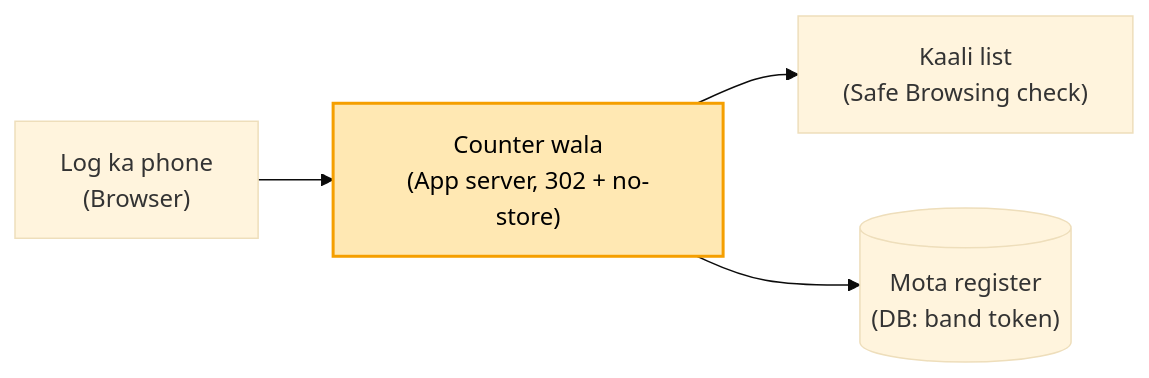
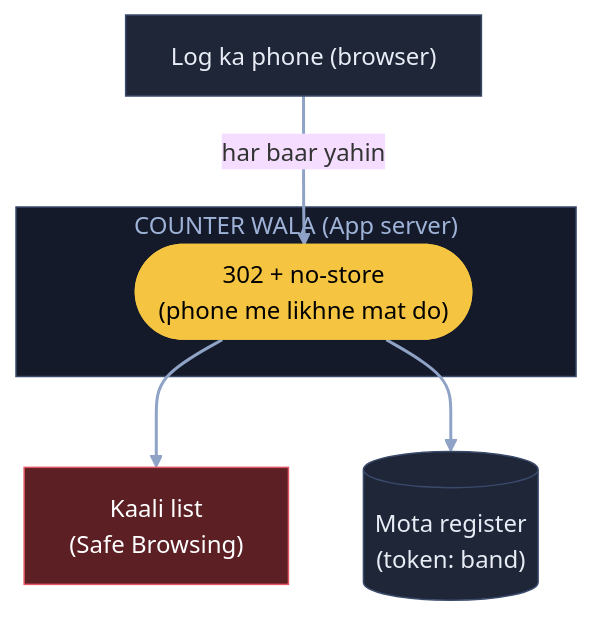
One commit to ArpanMaheshwari144/Prep changed diagram 12 of 13 in 04_HLD/SYSTEM_DESIGNS/01_url_shortener/01_url_shortener.md. Above: the diagram before and after it, drawn with Mermaid (base theme). The commit also changed other lines of this file, not shown here.

Commit message:
URL shortener: 13 diagram YouTube (reel) wale card andaaz me

````diff
--- a/04_HLD/SYSTEM_DESIGNS/01_url_shortener/01_url_shortener.md
+++ b/04_HLD/SYSTEM_DESIGNS/01_url_shortener/01_url_shortener.md
@@ -258,7 +386,18 @@
 ```mermaid
-flowchart LR
-    U["Log ka phone<br/>(Browser)"] --> C["Counter wala<br/>(App server, 302 + no-store)"]
-    C --> K["Kaali list<br/>(Safe Browsing check)"]
-    C --> D[("Mota register<br/>(DB: band token)")]
-    style C fill:#ffe8b3,stroke:#f59f00,stroke-width:2px,color:#000
+flowchart TB
+    U["Log ka phone (browser)"]:::card
+    subgraph C["COUNTER WALA (App server)"]
+        N(["302 + no-store<br/>(phone me likhne mat do)"]):::pill
+    end
+    K["Kaali list<br/>(Safe Browsing)"]:::bad
+    D[("Mota register<br/>(token: band)")]:::card
+    U -- "har baar yahin" --> N
+    N --> K
+    N --> D
+    linkStyle default stroke:#8fa3c7,stroke-width:2px
+    classDef card fill:#1e2638,stroke:#3a4a6b,color:#e8ecf5
+    classDef pill fill:#f5c542,stroke:#f5c542,color:#000
+    classDef good fill:#2e7d4f,stroke:#3fbf6f,color:#fff
+    classDef bad fill:#5c1f24,stroke:#e05561,color:#fff
+    style C fill:#141a29,stroke:#3a4a6b,color:#9fb3d9
 ```
````
